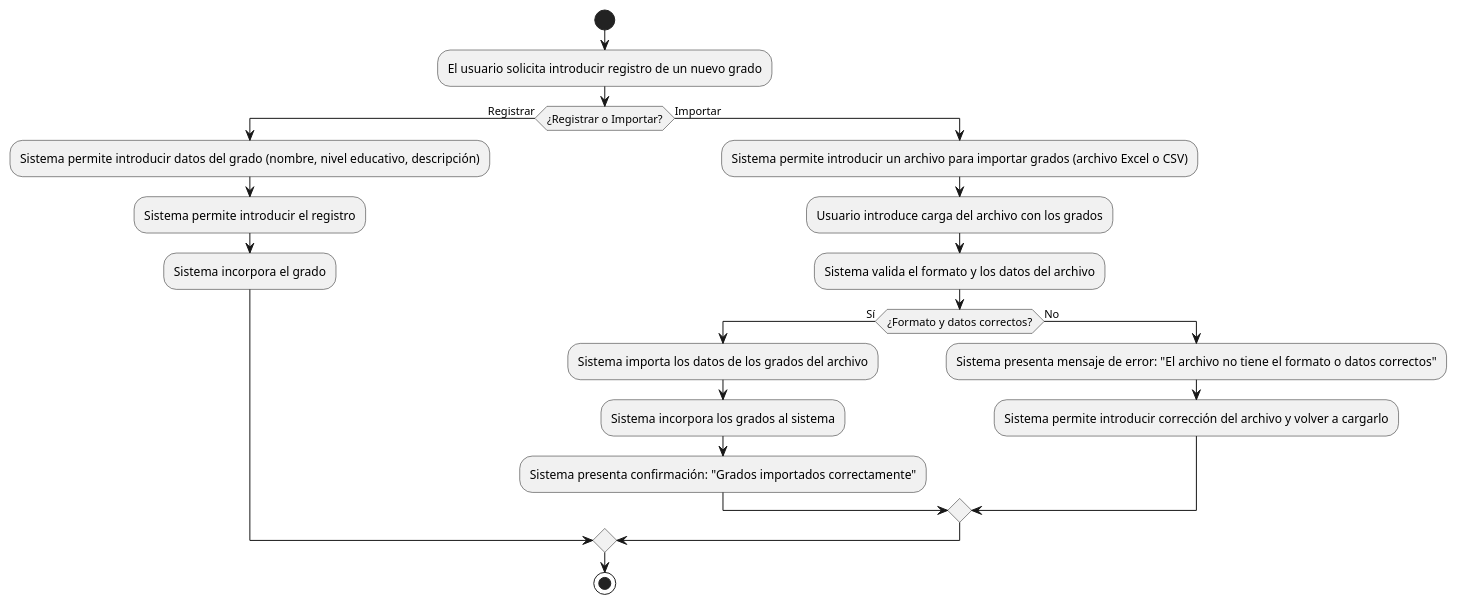
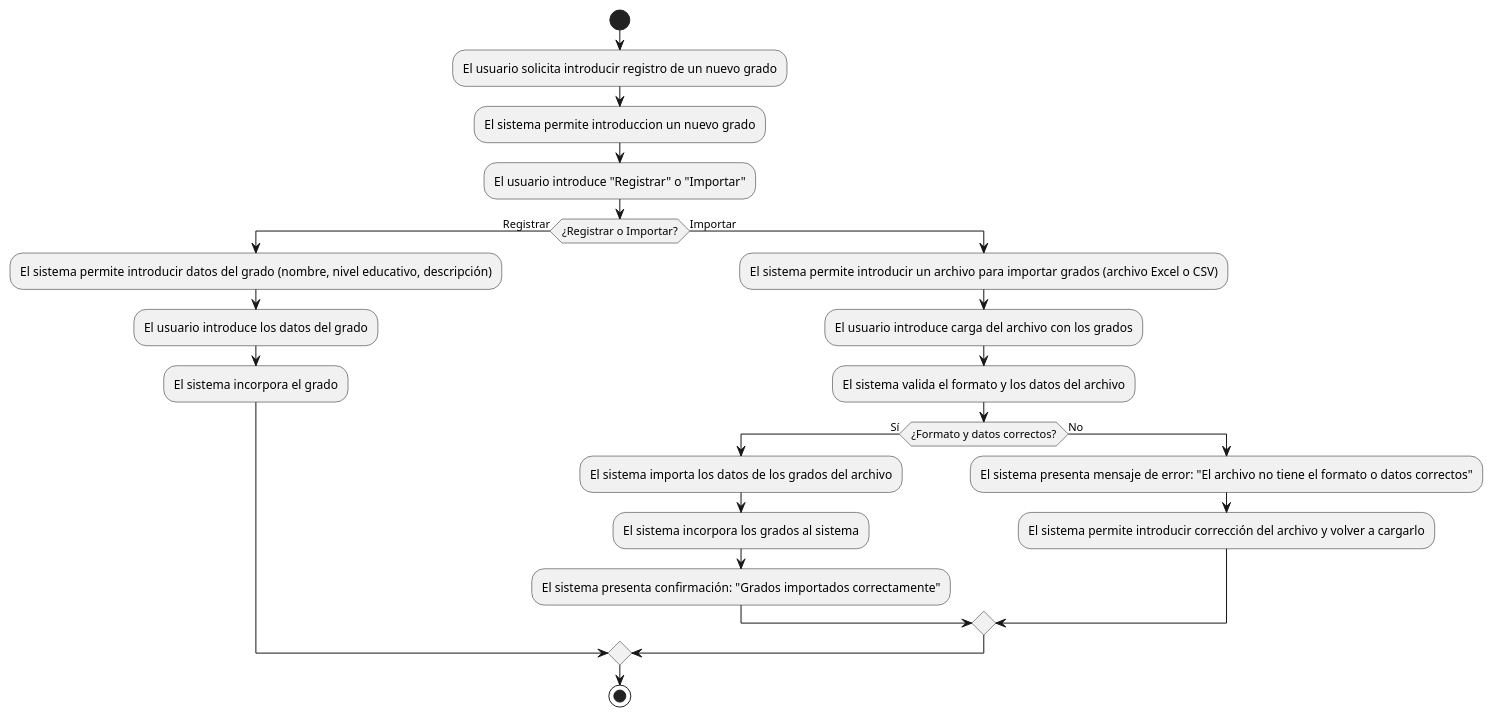
One commit to mmasias/24-25-IdSw1-SDR changed the diagram in casosDeUso/plantUML/RegistrarGrado.puml. Above: the diagram before and after it, drawn with PlantUML. The commit also changed 27 other files, not shown here.

Commit message:
Cambios a casos de uso y diagramas, cambios a Prototipos

```diff
--- a/casosDeUso/plantUML/RegistrarGrado.puml
+++ b/casosDeUso/plantUML/RegistrarGrado.puml
@@ -1,22 +1,24 @@
 @startuml
 start
 :El usuario solicita introducir registro de un nuevo grado;
+:El sistema permite introduccion un nuevo grado;
+:El usuario introduce "Registrar" o "Importar";
 if (¿Registrar o Importar?) then (Registrar)
-  :Sistema permite introducir datos del grado (nombre, nivel educativo, descripción);
-  :Sistema permite introducir el registro;
-  :Sistema incorpora el grado;
+  :El sistema permite introducir datos del grado (nombre, nivel educativo, descripción);
+  :El usuario introduce los datos del grado;
+  :El sistema incorpora el grado;
 else (Importar)
-  :Sistema permite introducir un archivo para importar grados (archivo Excel o CSV);
-  :Usuario introduce carga del archivo con los grados;
-  :Sistema valida el formato y los datos del archivo;
+  :El sistema permite introducir un archivo para importar grados (archivo Excel o CSV);
+  :El usuario introduce carga del archivo con los grados;
+  :El sistema valida el formato y los datos del archivo;
   if (¿Formato y datos correctos?) then (Sí)
-    :Sistema importa los datos de los grados del archivo;
-    :Sistema incorpora los grados al sistema;
-    :Sistema presenta confirmación: "Grados importados correctamente";
+    :El sistema importa los datos de los grados del archivo;
+    :El sistema incorpora los grados al sistema;
+    :El sistema presenta confirmación: "Grados importados correctamente";
   else (No)
-    :Sistema presenta mensaje de error: "El archivo no tiene el formato o datos correctos";
-    :Sistema permite introducir corrección del archivo y volver a cargarlo;
+    :El sistema presenta mensaje de error: "El archivo no tiene el formato o datos correctos";
+    :El sistema permite introducir corrección del archivo y volver a cargarlo;
   endif
 endif
 stop
 @enduml
```
